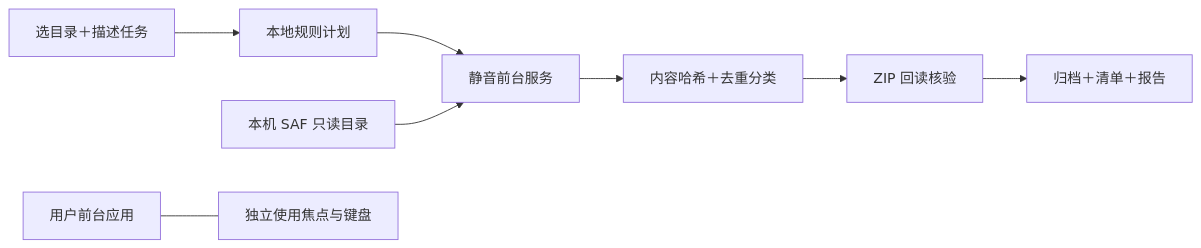
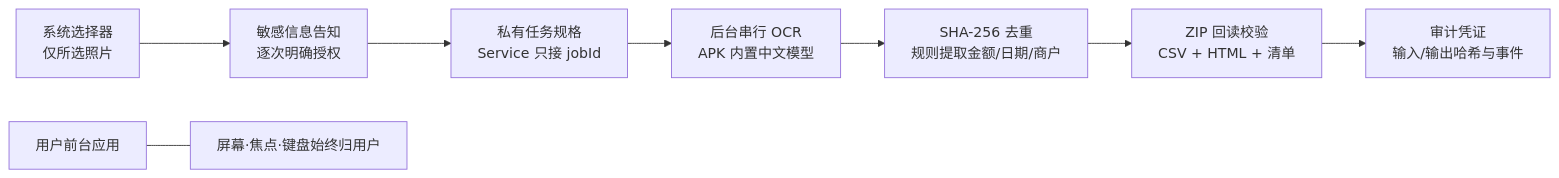
One commit to zihangli-hndsm/quiet-agent-mvp changed the diagram in README.md. Above: the diagram before and after it, drawn with Mermaid. The commit also changed other lines of this file and 2 other files, not shown here.

````diff
--- a/README.md
+++ b/README.md
@@ -5,10 +5,10 @@
 ```mermaid
 flowchart LR
-  U[选目录＋描述任务] --> P[本地规则计划]
-  P --> S[静音前台服务]
-  D[本机 SAF 只读目录] --> S
-  S --> H[内容哈希＋去重分类]
-  H --> V[ZIP 回读核验]
-  V --> R[归档＋清单＋报告]
-  F[用户前台应用] --- I[独立使用焦点与键盘]
+  U[系统选择器<br/>仅所选照片] --> C[敏感信息告知<br/>逐次明确授权]
+  C --> J[私有任务规格<br/>Service 只接 jobId]
+  J --> O[后台串行 OCR<br/>APK 内置中文模型]
+  O --> H[SHA-256 去重<br/>规则提取金额/日期/商户]
+  H --> Z[ZIP 回读校验<br/>CSV + HTML + 清单]
+  Z --> A[审计凭证<br/>输入/输出哈希与事件]
+  F[用户前台应用] --- K[屏幕·焦点·键盘始终归用户]
 ```
````
